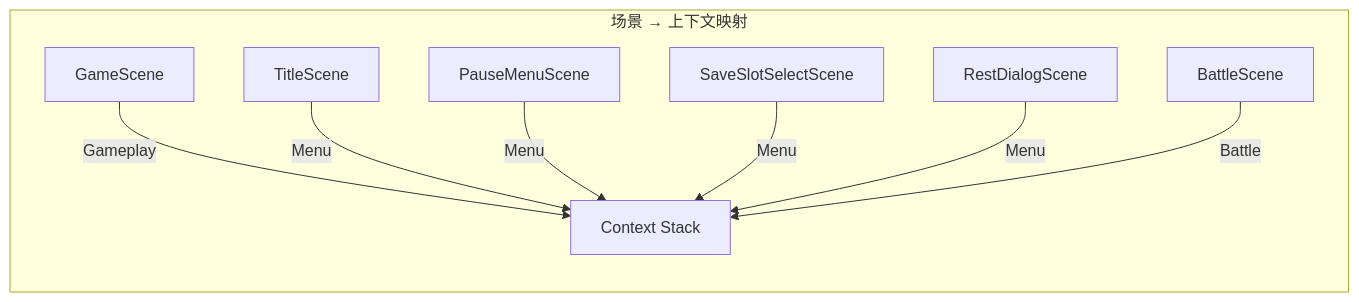
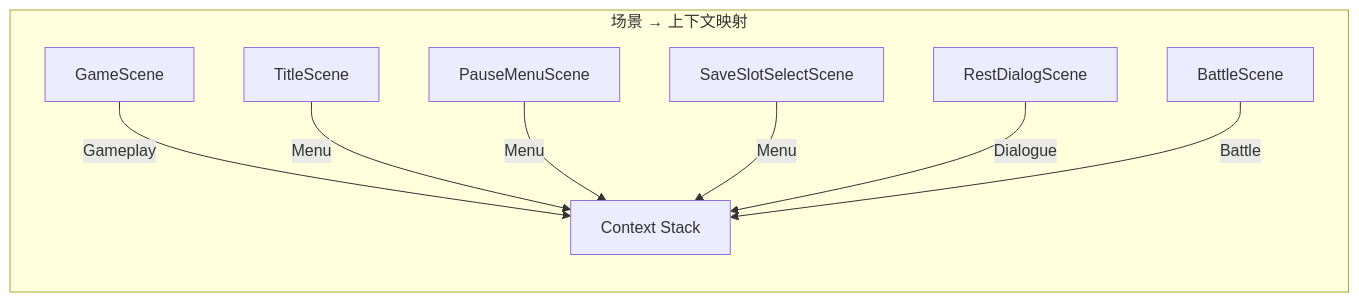
Before and after one commit to WispSnow/TinyFarmRPG: the ninth of 16 diagrams in docs/engine/input_system.md, drawn with Mermaid. The commit also changed other lines of this file and 7 other files, not shown here.

````diff
--- a/docs/engine/input_system.md
+++ b/docs/engine/input_system.md
@@ -485,12 +487,12 @@
 ```mermaid
 graph LR
     subgraph "场景 → 上下文映射"
         GS["GameScene"] -->|Gameplay| CTX
         TS["TitleScene"] -->|Menu| CTX
         PM["PauseMenuScene"] -->|Menu| CTX
         SS["SaveSlotSelectScene"] -->|Menu| CTX
-        RD["RestDialogScene"] -->|Menu| CTX
+        RD["RestDialogScene"] -->|Dialogue| CTX
         BS["BattleScene"] -->|Battle| CTX
     end
     CTX["Context Stack"]
 ```
````
